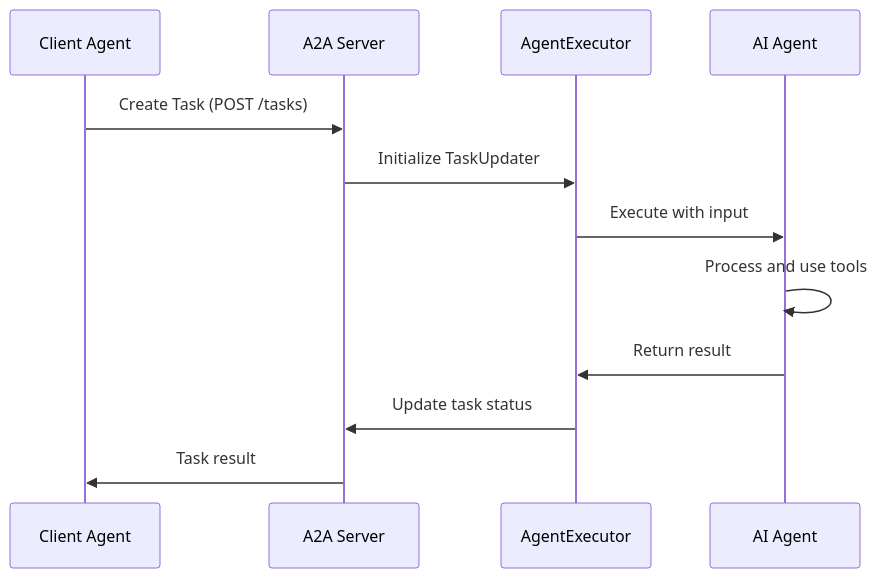
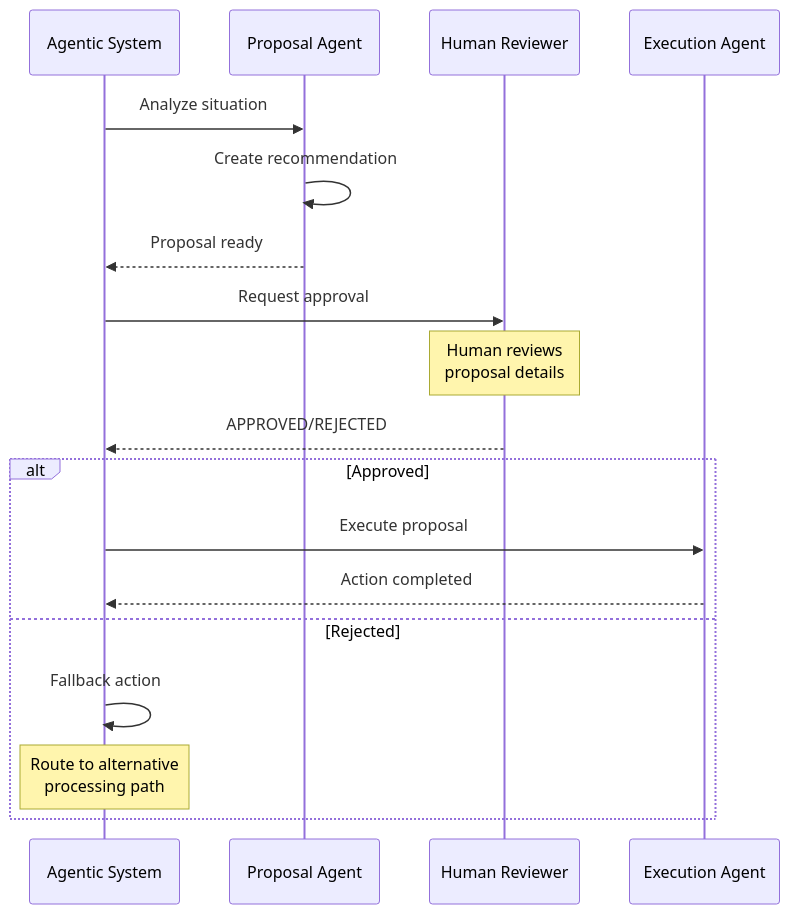
The first of 6 diagrams in docs/docs/section-2/step-05.md (quarkusio/quarkus-workshop-langchain4j), drawn with Mermaid before and after one commit. The commit also changed other lines of this file and 104 other files, not shown here.

````diff
--- a/docs/docs/section-2/step-05.md
+++ b/docs/docs/section-2/step-05.md
@@ -108,15 +67,23 @@
 ```mermaid
 sequenceDiagram
-    participant Client as Client Agent
-    participant Server as A2A Server
-    participant Executor as AgentExecutor
-    participant AI as AI Agent
+    participant System as Agentic System
+    participant Proposal as Proposal Agent
+    participant Human as Human Reviewer
+    participant Execution as Execution Agent
 
-    Client->>Server: Create Task (POST /tasks)
-    Server->>Executor: Initialize TaskUpdater
-    Executor->>AI: Execute with input
-    AI->>AI: Process and use tools
-    AI->>Executor: Return result
-    Executor->>Server: Update task status
-    Server->>Client: Task result
+    System->>Proposal: Analyze situation
+    Proposal->>Proposal: Create recommendation
+    Proposal-->>System: Proposal ready
+
+    System->>Human: Request approval
+    Note over Human: Human reviews<br/>proposal details
+    Human-->>System: APPROVED/REJECTED
+
+    alt Approved
+        System->>Execution: Execute proposal
+        Execution-->>System: Action completed
+    else Rejected
+        System->>System: Fallback action
+        Note over System: Route to alternative<br/>processing path
+    end
 ```
````
